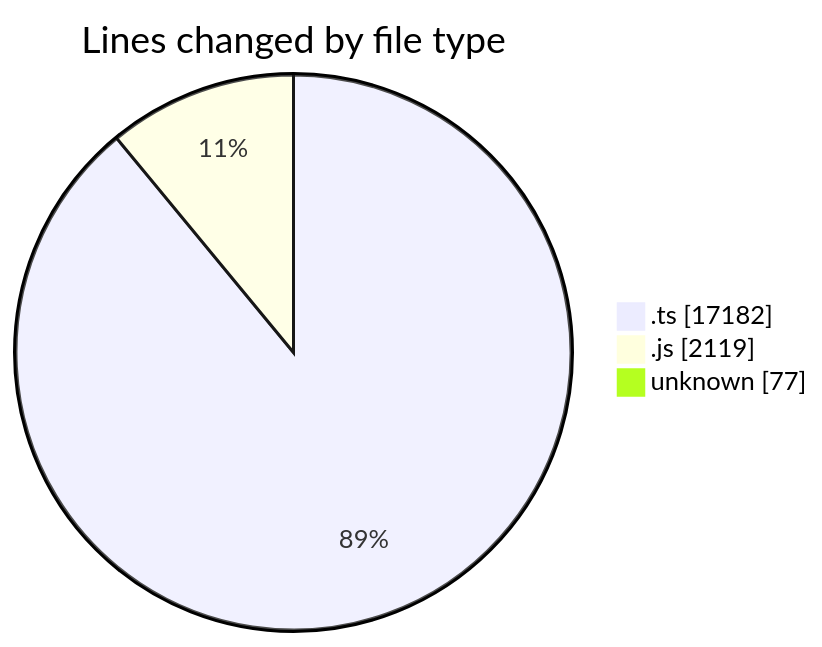
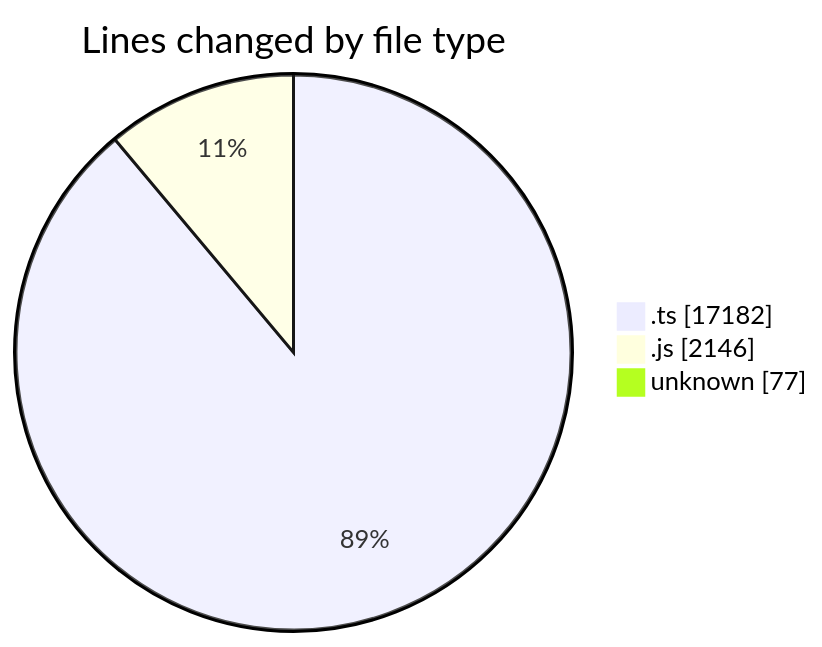
The first of 2 diagrams in 2026-02-03/cda/README.md (momahboobian/code-tracking), drawn with Mermaid before and after one commit. The commit also changed other lines of this file and 1 other file, not shown here.

````diff
--- a/2026-02-03/cda/README.md
+++ b/2026-02-03/cda/README.md
@@ -28,7 +28,7 @@
 ```mermaid
 pie showData
 title Lines changed by file type
 ".ts" : 17182
-".js" : 2119
+".js" : 2146
 "unknown" : 77
 ```
````
